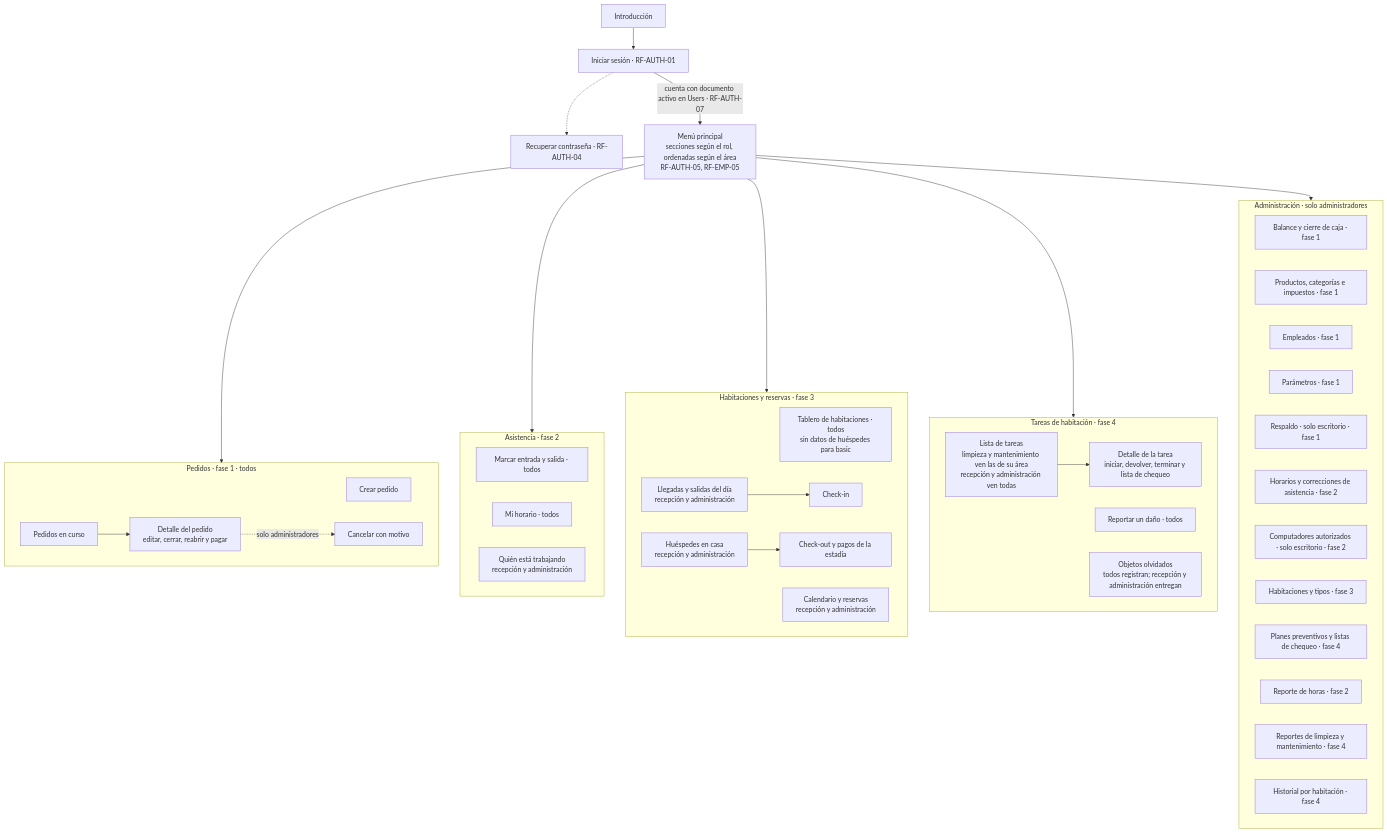
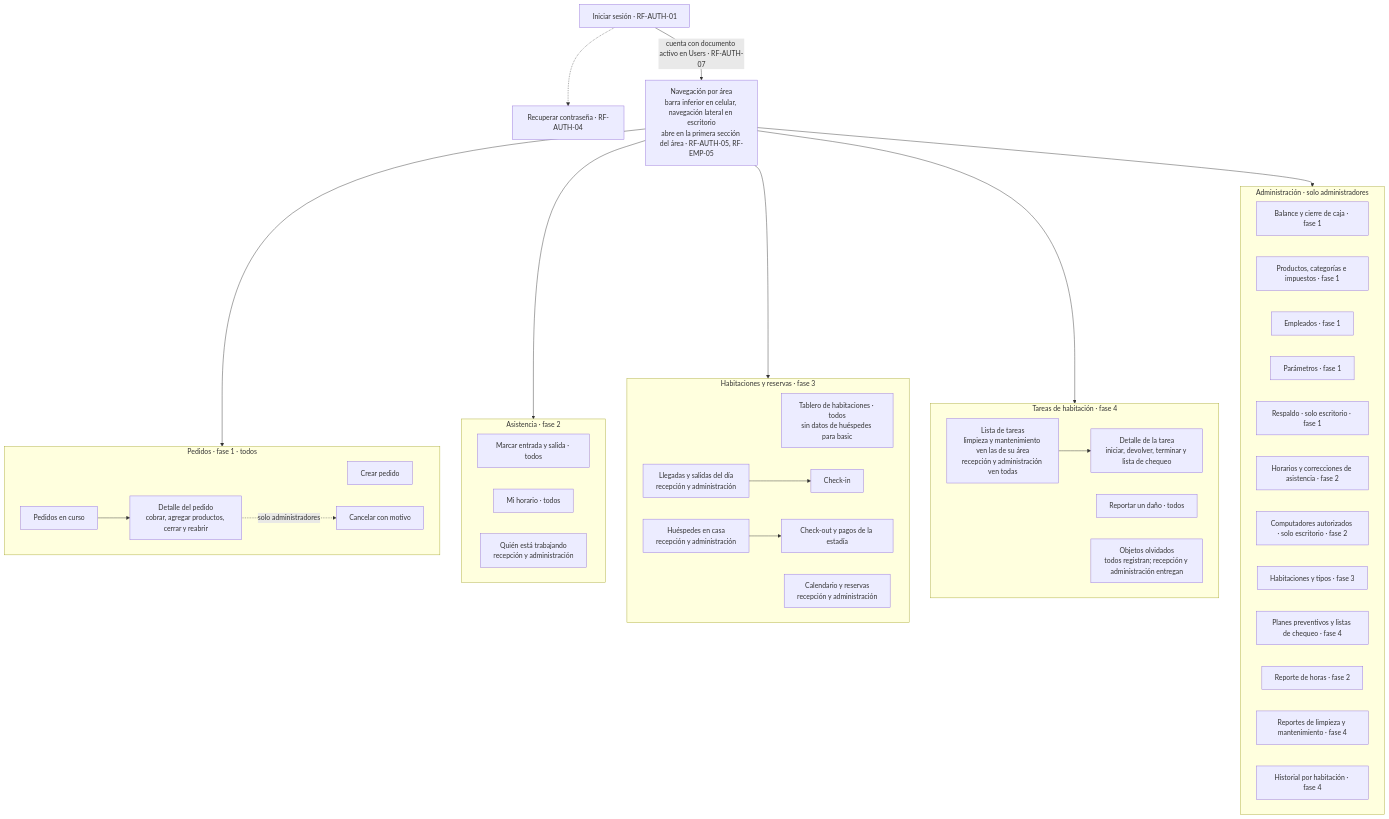
The sixth of 13 diagrams in docs/PRD.md (PeakDevCol/HotelManagement), drawn with Mermaid before and after one commit. The commit also changed other lines of this file and 1 other file, not shown here.

````diff
--- a/docs/PRD.md
+++ b/docs/PRD.md
@@ -1069,52 +1078,52 @@
 ```mermaid
 flowchart TD
-    intro["Introducción"] --> login["Iniciar sesión · RF-AUTH-01"]
+    login["Iniciar sesión · RF-AUTH-01"]
     login -.-> forgotPassword["Recuperar contraseña · RF-AUTH-04"]
-    login -->|"cuenta con documento activo en Users · RF-AUTH-07"| menu["Menú principal<br/>secciones según el rol, ordenadas según el área<br/>RF-AUTH-05, RF-EMP-05"]
+    login -->|"cuenta con documento activo en Users · RF-AUTH-07"| menu["Navegación por área<br/>barra inferior en celular, navegación lateral en escritorio<br/>abre en la primera sección del área · RF-AUTH-05, RF-EMP-05"]
 
     subgraph orders ["Pedidos · fase 1 · todos"]
         newOrder["Crear pedido"]
-        currentOrders["Pedidos en curso"] --> orderDetail["Detalle del pedido<br/>editar, cerrar, reabrir y pagar"]
+        currentOrders["Pedidos en curso"] --> orderDetail["Detalle del pedido<br/>cobrar, agregar productos, cerrar y reabrir"]
         orderDetail -.->|"solo administradores"| cancelOrder["Cancelar con motivo"]
     end
 
     subgraph attendance ["Asistencia · fase 2"]
         clockInOut["Marcar entrada y salida · todos"]
         mySchedule["Mi horario · todos"]
         whoIsWorking["Quién está trabajando<br/>recepción y administración"]
     end
 
     subgraph roomsAndReservations ["Habitaciones y reservas · fase 3"]
         roomBoard["Tablero de habitaciones · todos<br/>sin datos de huéspedes para basic"]
         reservationCalendar["Calendario y reservas<br/>recepción y administración"]
         arrivalsAndDepartures["Llegadas y salidas del día<br/>recepción y administración"] --> checkIn["Check-in"]
         guestsInHouse["Huéspedes en casa<br/>recepción y administración"] --> checkOut["Check-out y pagos de la estadía"]
     end
 
     subgraph roomTasks ["Tareas de habitación · fase 4"]
         taskList["Lista de tareas<br/>limpieza y mantenimiento ven las de su área<br/>recepción y administración ven todas"] --> taskDetail["Detalle de la tarea<br/>iniciar, devolver, terminar y lista de chequeo"]
         reportDamage["Reportar un daño · todos"]
         lostItems["Objetos olvidados<br/>todos registran; recepción y administración entregan"]
     end
 
     subgraph administration ["Administración · solo administradores"]
         balance["Balance y cierre de caja · fase 1"]
         inventory["Productos, categorías e impuestos · fase 1"]
         employees["Empleados · fase 1"]
         settings["Parámetros · fase 1"]
         backup["Respaldo · solo escritorio · fase 1"]
         shifts["Horarios y correcciones de asistencia · fase 2"]
         authorizedComputers["Computadores autorizados · solo escritorio · fase 2"]
         roomSetup["Habitaciones y tipos · fase 3"]
         maintenancePlans["Planes preventivos y listas de chequeo · fase 4"]
         hoursReport["Reporte de horas · fase 2"]
         taskReports["Reportes de limpieza y mantenimiento · fase 4"]
         roomHistory["Historial por habitación · fase 4"]
     end
 
     menu --> orders
     menu --> attendance
     menu --> roomsAndReservations
     menu --> roomTasks
     menu --> administration
 ```
````
